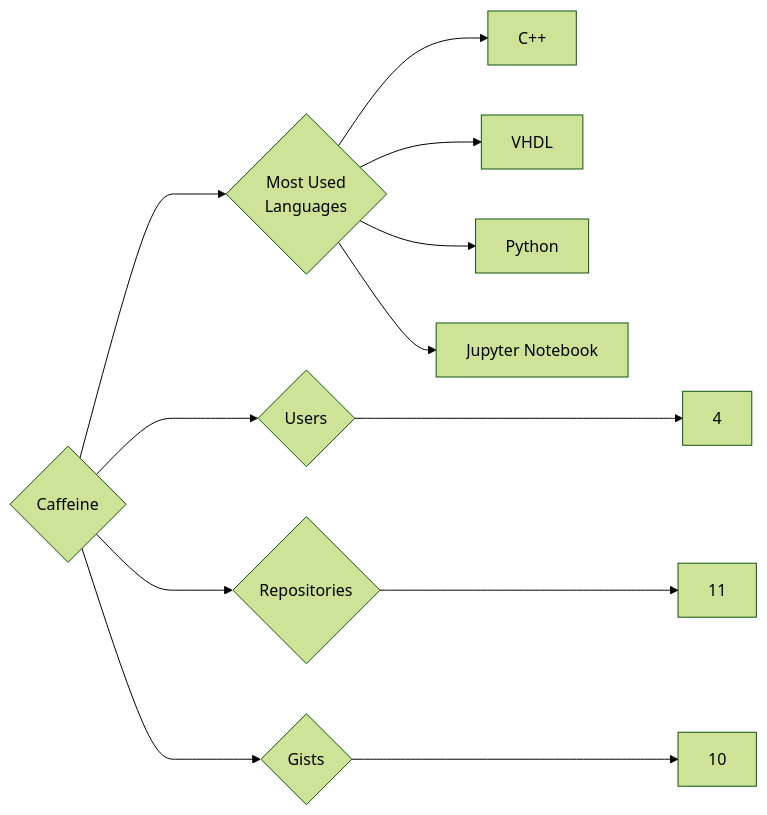
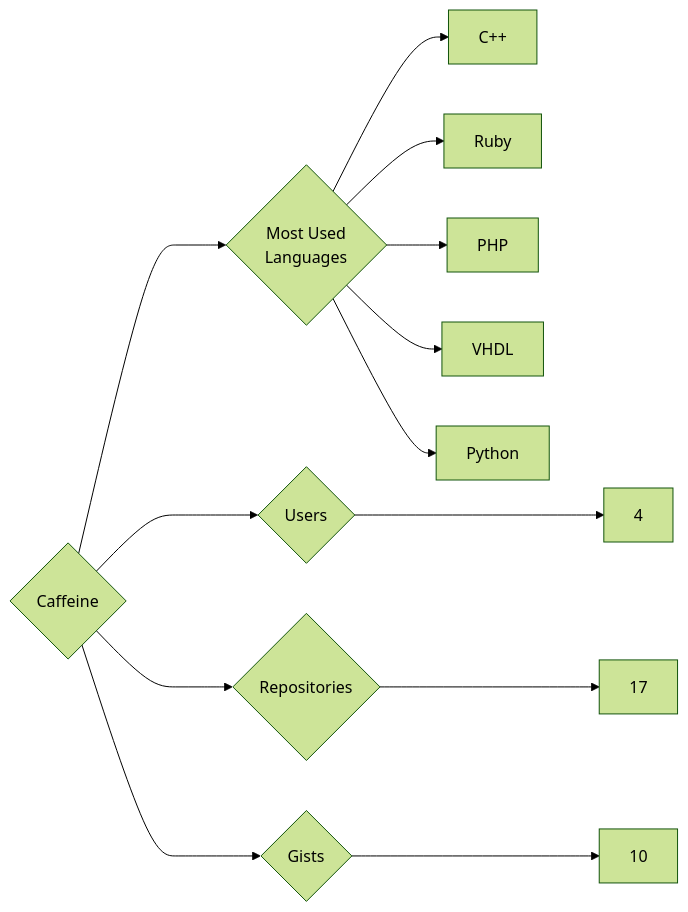
Before and after one commit to trickest/insiders: the diagram in targets/Caffeine/README.md, drawn with Mermaid (forest theme). The commit also changed 1092 other files, not shown here.

````diff
--- a/targets/Caffeine/README.md
+++ b/targets/Caffeine/README.md
@@ -3,12 +3,13 @@
 ```mermaid
 graph LR
 COMPANY_NAME{Caffeine}
 COMPANY_NAME ---> U{Users} ---> UN[4]
-COMPANY_NAME ---> R{Repositories} ---> RN[11]
+COMPANY_NAME ---> R{Repositories} ---> RN[17]
 COMPANY_NAME ---> G{Gists} ---> GN[10]
 COMPANY_NAME ---> ML{Most Used<br>Languages}
 ML --> C++[C++]
+ML --> Ruby[Ruby]
+ML --> PHP[PHP]
 ML --> VHDL[VHDL]
 ML --> Python[Python]
-ML --> Jupyter_Notebook[Jupyter Notebook]
 ```
````
